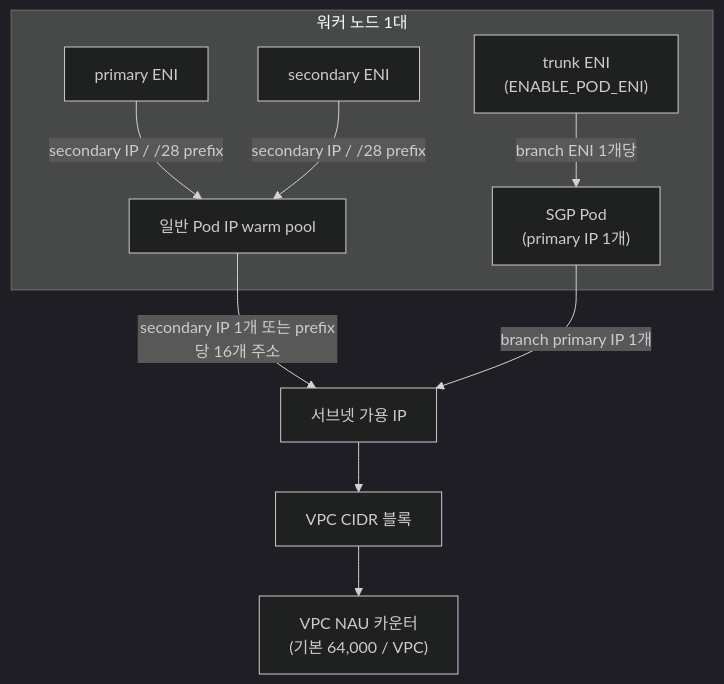
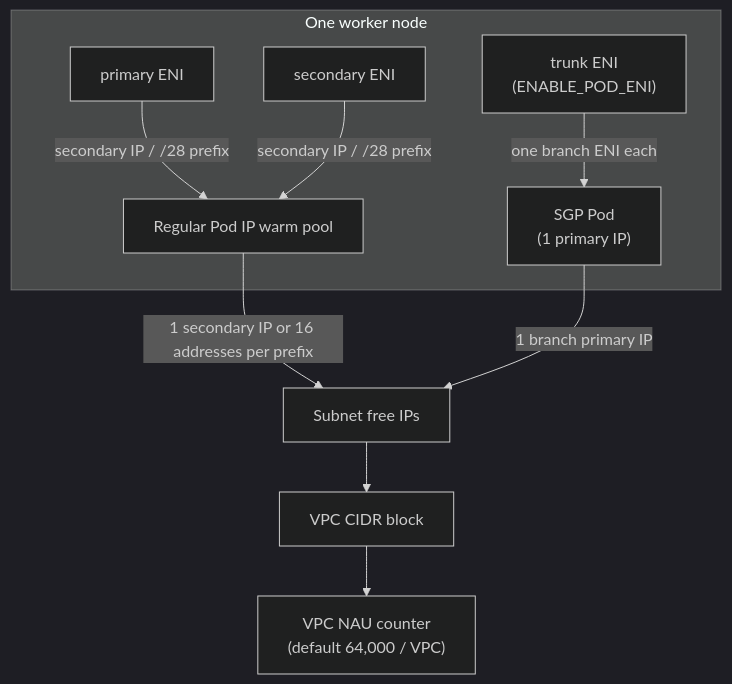
One commit to devfloor9/engineering-playbook changed the diagram in docs/eks-best-practices/networking-performance/ip-capacity-planning-karpenter.md. Above: the diagram before and after it, drawn with Mermaid (dark theme). The commit also changed other lines of this file and 954 other files, not shown here.

````diff
--- a/docs/eks-best-practices/networking-performance/ip-capacity-planning-karpenter.md
+++ b/docs/eks-best-practices/networking-performance/ip-capacity-planning-karpenter.md
@@ -51,15 +51,15 @@
 ```mermaid
 flowchart TB
-    subgraph NODE["워커 노드 1대"]
+    subgraph NODE["One worker node"]
         PENI["primary ENI"]
         SENI["secondary ENI"]
         TENI["trunk ENI<br/>(ENABLE_POD_ENI)"]
-        PENI -->|secondary IP / /28 prefix| POOL["일반 Pod IP warm pool"]
+        PENI -->|secondary IP / /28 prefix| POOL["Regular Pod IP warm pool"]
         SENI -->|secondary IP / /28 prefix| POOL
-        TENI -->|branch ENI 1개당| BR["SGP Pod<br/>(primary IP 1개)"]
+        TENI -->|one branch ENI each| BR["SGP Pod<br/>(1 primary IP)"]
     end
-    POOL -->|secondary IP 1개 또는 prefix당 16개 주소| SUBNET["서브넷 가용 IP"]
-    BR -->|branch primary IP 1개| SUBNET
-    SUBNET --> CIDR["VPC CIDR 블록"]
-    CIDR --> NAU["VPC NAU 카운터<br/>(기본 64,000 / VPC)"]
+    POOL -->|1 secondary IP or 16 addresses per prefix| SUBNET["Subnet free IPs"]
+    BR -->|1 branch primary IP| SUBNET
+    SUBNET --> CIDR["VPC CIDR block"]
+    CIDR --> NAU["VPC NAU counter<br/>(default 64,000 / VPC)"]
 ```
````
